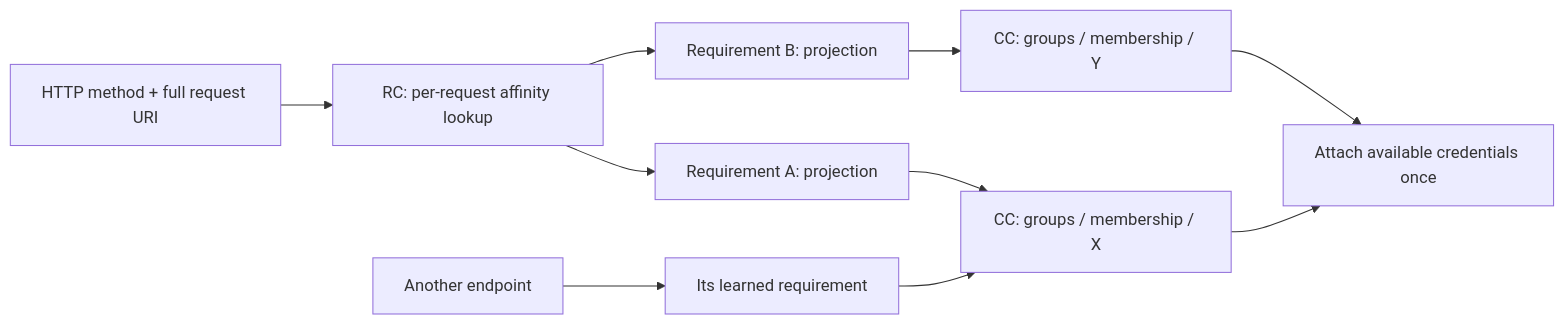
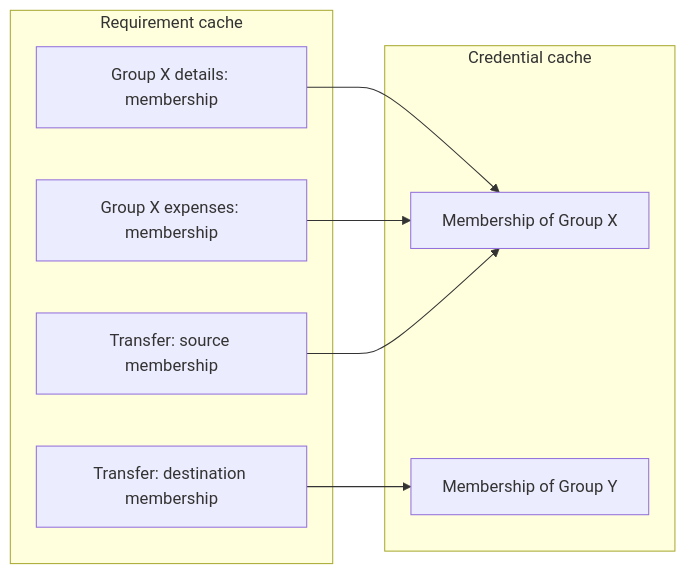
The sixth of 7 diagrams in docs/architecture/distributed-authorization.md (frederik-hoeft/min-favs-sharewise), drawn with Mermaid before and after one commit. The commit also changed other lines of this file and 15 other files, not shown here.

Commit message:
P2.5-G: polish challenge-driven authorization architecture and clarify documentation ownership

````diff
--- a/docs/architecture/distributed-authorization.md
+++ b/docs/architecture/distributed-authorization.md
@@ -143,12 +181,17 @@
 ```mermaid
 flowchart LR
-    Req["HTTP method + full request URI"] --> RC["RC: per-request affinity lookup"]
-    RC --> A["Requirement A: projection"]
-    RC --> B["Requirement B: projection"]
-    Other["Another endpoint"] --> C["Its learned requirement"]
-    A --> X["CC: groups / membership / X"]
+    subgraph RC["Requirement cache"]
+        A["Group X details: membership"]
+        B["Group X expenses: membership"]
+        C["Transfer: source membership"]
+        D["Transfer: destination membership"]
+    end
+    subgraph CC["Credential cache"]
+        X["Membership of Group X"]
+        Y["Membership of Group Y"]
+    end
+    A --> X
+    B --> X
     C --> X
-    B --> Y["CC: groups / membership / Y"]
-    X --> Send["Attach available credentials once"]
-    Y --> Send
+    D --> Y
 ```
````
